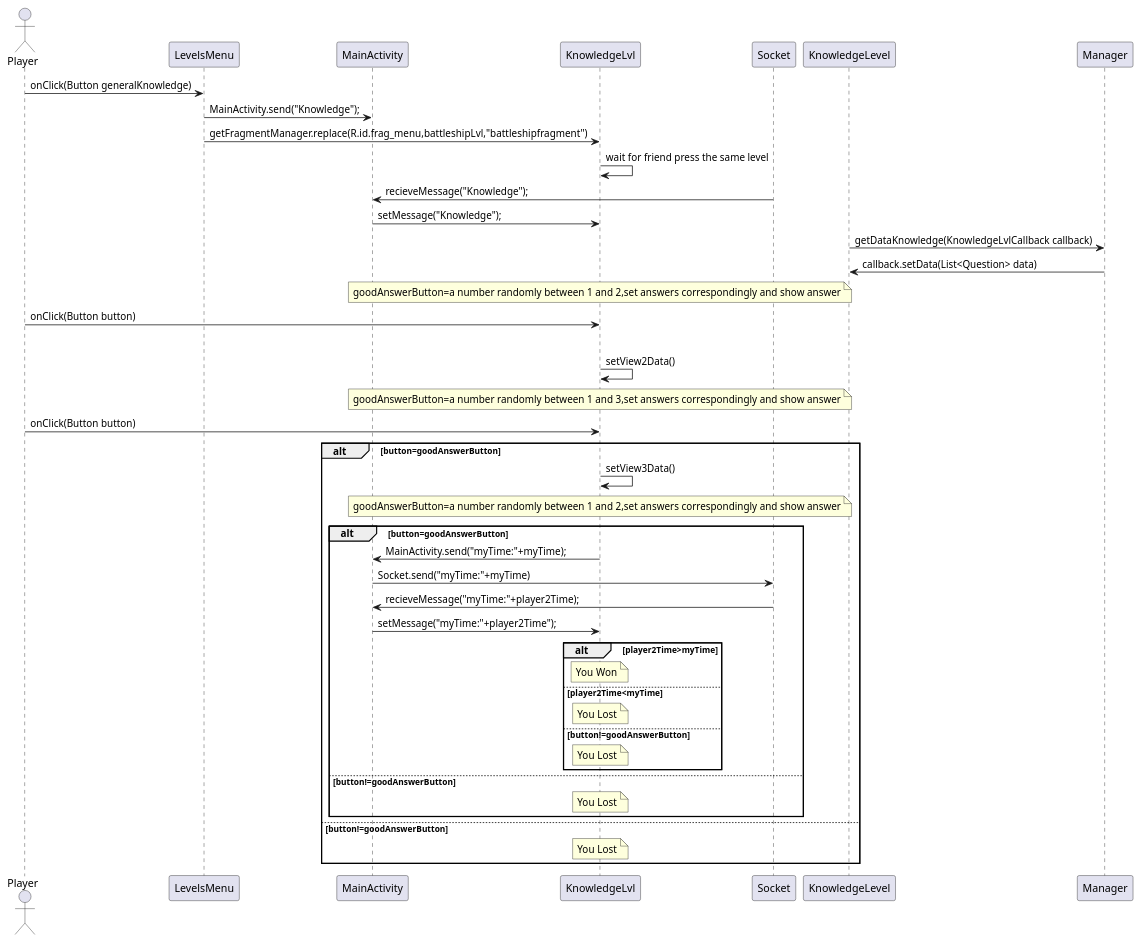
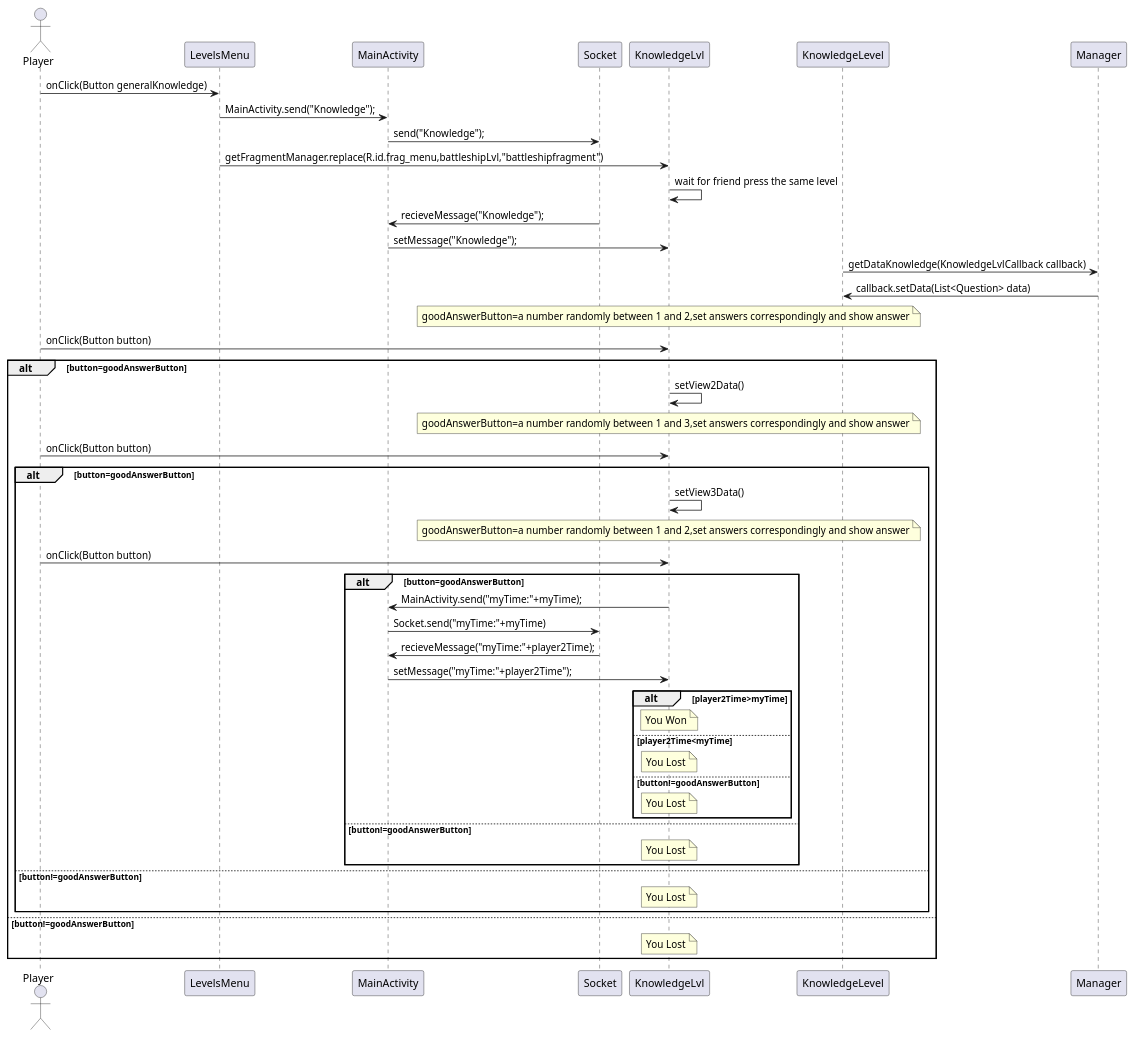
The diagram in QuizzGame/app/src/main/java/com/example/padurean/quizzgame/KnowledgeLvl.puml (florinapadurean/Licenta), drawn with PlantUML before and after one commit. The commit also changed 21 other files, not shown here.

```diff
--- a/QuizzGame/app/src/main/java/com/example/padurean/quizzgame/KnowledgeLvl.puml
+++ b/QuizzGame/app/src/main/java/com/example/padurean/quizzgame/KnowledgeLvl.puml
@@ -1,57 +1,64 @@
 @startuml
 actor Player
 Player->LevelsMenu:onClick(Button generalKnowledge)
 LevelsMenu -> MainActivity: MainActivity.send("Knowledge");
+Socket <- MainActivity: send("Knowledge");
 LevelsMenu -> KnowledgeLvl: getFragmentManager.replace(R.id.frag_menu,battleshipLvl,"battleshipfragment")
 KnowledgeLvl -> KnowledgeLvl: wait for friend press the same level
 Socket->MainActivity: recieveMessage("Knowledge");
 MainActivity->KnowledgeLvl: setMessage("Knowledge");
 KnowledgeLevel->Manager:getDataKnowledge(KnowledgeLvlCallback callback)
 KnowledgeLevel<-Manager:callback.setData(List<Question> data)
  note over KnowledgeLvl
    goodAnswerButton=a number randomly between 1 and 2,set answers correspondingly and show answer
  end note
 Player->KnowledgeLvl:onClick(Button button)
 alt button=goodAnswerButton
     KnowledgeLvl->KnowledgeLvl:setView2Data()
      note over KnowledgeLvl
        goodAnswerButton=a number randomly between 1 and 3,set answers correspondingly and show answer
      end note
      Player->KnowledgeLvl:onClick(Button button)
      alt button=goodAnswerButton
          KnowledgeLvl->KnowledgeLvl:setView3Data()
          note over KnowledgeLvl
             goodAnswerButton=a number randomly between 1 and 2,set answers correspondingly and show answer
          end note
+         Player->KnowledgeLvl:onClick(Button button)
          alt button=goodAnswerButton
            KnowledgeLvl -> MainActivity: MainActivity.send("myTime:"+myTime);
            MainActivity->Socket: Socket.send("myTime:"+myTime)
            Socket->MainActivity: recieveMessage("myTime:"+player2Time);
            MainActivity->KnowledgeLvl: setMessage("myTime:"+player2Time");
            alt player2Time>myTime
            note over KnowledgeLvl
               You Won
            end note
            else player2Time<myTime
            note over KnowledgeLvl
               You Lost
            end note
          else button!=goodAnswerButton
             note over KnowledgeLvl
                You Lost
             end note
          end
      else button!=goodAnswerButton
           note over KnowledgeLvl
              You Lost
           end note
      end
 
 else button!=goodAnswerButton
  note over KnowledgeLvl
  You Lost
  end note
 end
+else button!=goodAnswerButton
+   note over KnowledgeLvl
+         You Lost
+   end note
+end
 
 
 @enduml
```
